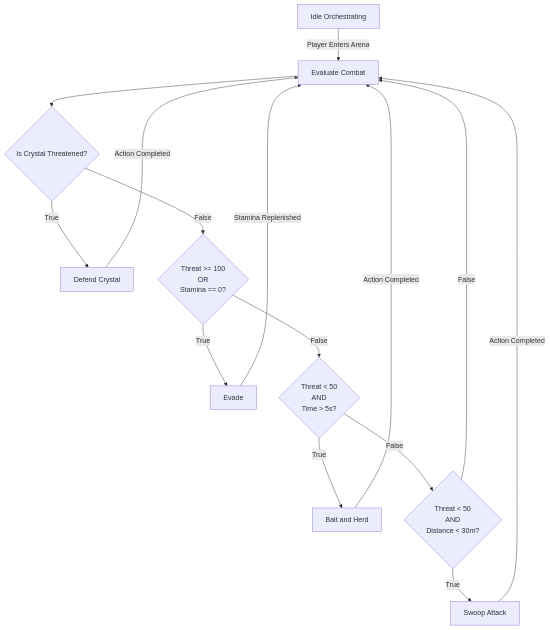
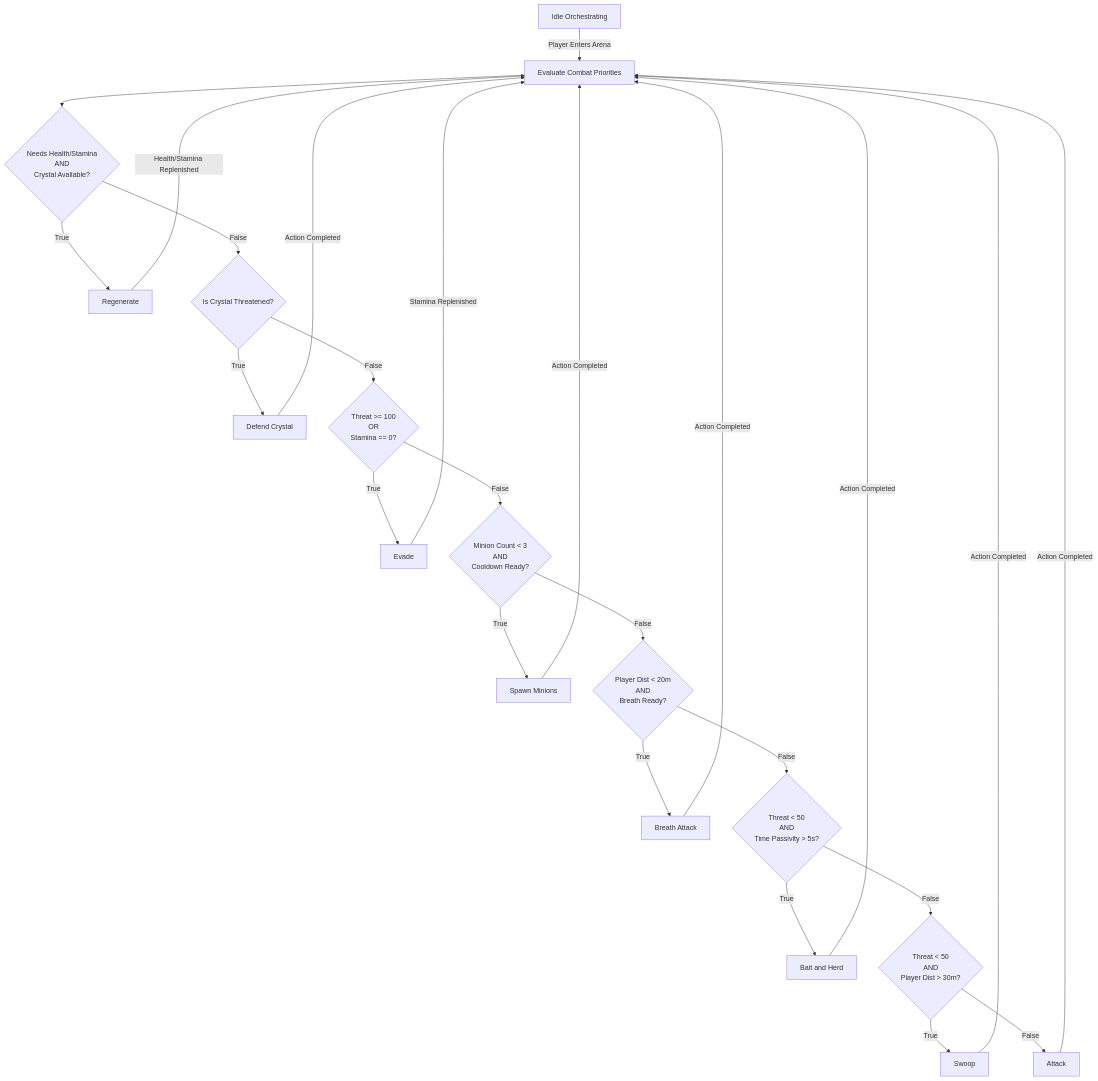
One commit to NatalieC001/dragonDump changed the sixth of 6 diagrams in Quest_Machine_Dragon_Brain_Docs.md. Above: the diagram before and after it, drawn with Mermaid. The commit also changed other lines of this file, not shown here.

First line of the commit message:
Decouple DragonActionListeners and streamline logic

````diff
--- a/Quest_Machine_Dragon_Brain_Docs.md
+++ b/Quest_Machine_Dragon_Brain_Docs.md
@@ -179,22 +289,43 @@
 ```mermaid
 graph TD
-    Idle[Idle Orchestrating] -->|Player Enters Arena| Eval[Evaluate Combat]
+    Idle[Idle Orchestrating] -->|Player Enters Arena| Eval[Evaluate Combat Priorities]
     
-    Eval --> CheckCrystal{Is Crystal Threatened?}
+    %% Priority 1: Survival & Regeneration
+    Eval --> CheckRegen{Needs Health/Stamina <br> AND <br> Crystal Available?}
+    CheckRegen -- True --> Regen[Regenerate]
+    CheckRegen -- False --> CheckCrystal{Is Crystal Threatened?}
+    
+    %% Priority 2: Defense
     CheckCrystal -- True --> Defend[Defend Crystal]
     CheckCrystal -- False --> CheckThreat{Threat >= 100 <br> OR <br> Stamina == 0?}
     
+    %% Priority 3: Evasion
     CheckThreat -- True --> Evade[Evade]
-    CheckThreat -- False --> CheckBait{Threat < 50 <br> AND <br> Time > 5s?}
+    CheckThreat -- False --> CheckMinions{Minion Count < 3 <br> AND <br> Cooldown Ready?}
     
+    %% Priority 4: Pack Management
+    CheckMinions -- True --> Spawn[Spawn Minions]
+    CheckMinions -- False --> CheckBreath{Player Dist < 20m <br> AND <br> Breath Ready?}
+    
+    %% Priority 5: Ranged Attack
+    CheckBreath -- True --> Breath[Breath Attack]
+    CheckBreath -- False --> CheckBait{Threat < 50 <br> AND <br> Time Passivity > 5s?}
+    
+    %% Priority 6: Positioning
     CheckBait -- True --> Bait[Bait and Herd]
-    CheckBait -- False --> CheckSwoop{Threat < 50 <br> AND <br> Distance < 30m?}
+    CheckBait -- False --> CheckSwoop{Threat < 50 <br> AND <br> Player Dist > 30m?}
     
-    CheckSwoop -- True --> Swoop[Swoop Attack]
-    CheckSwoop -- False --> Eval
+    %% Priority 7: Melee Aggression
+    CheckSwoop -- True --> Swoop[Swoop]
+    CheckSwoop -- False --> Attack[Attack]
     
+    %% Return Paths (Action Completed triggers evaluation again)
+    Regen -->|Health/Stamina Replenished| Eval
     Defend -->|Action Completed| Eval
     Evade -->|Stamina Replenished| Eval
+    Spawn -->|Action Completed| Eval
+    Breath -->|Action Completed| Eval
     Bait -->|Action Completed| Eval
     Swoop -->|Action Completed| Eval
+    Attack -->|Action Completed| Eval
 ```
````
